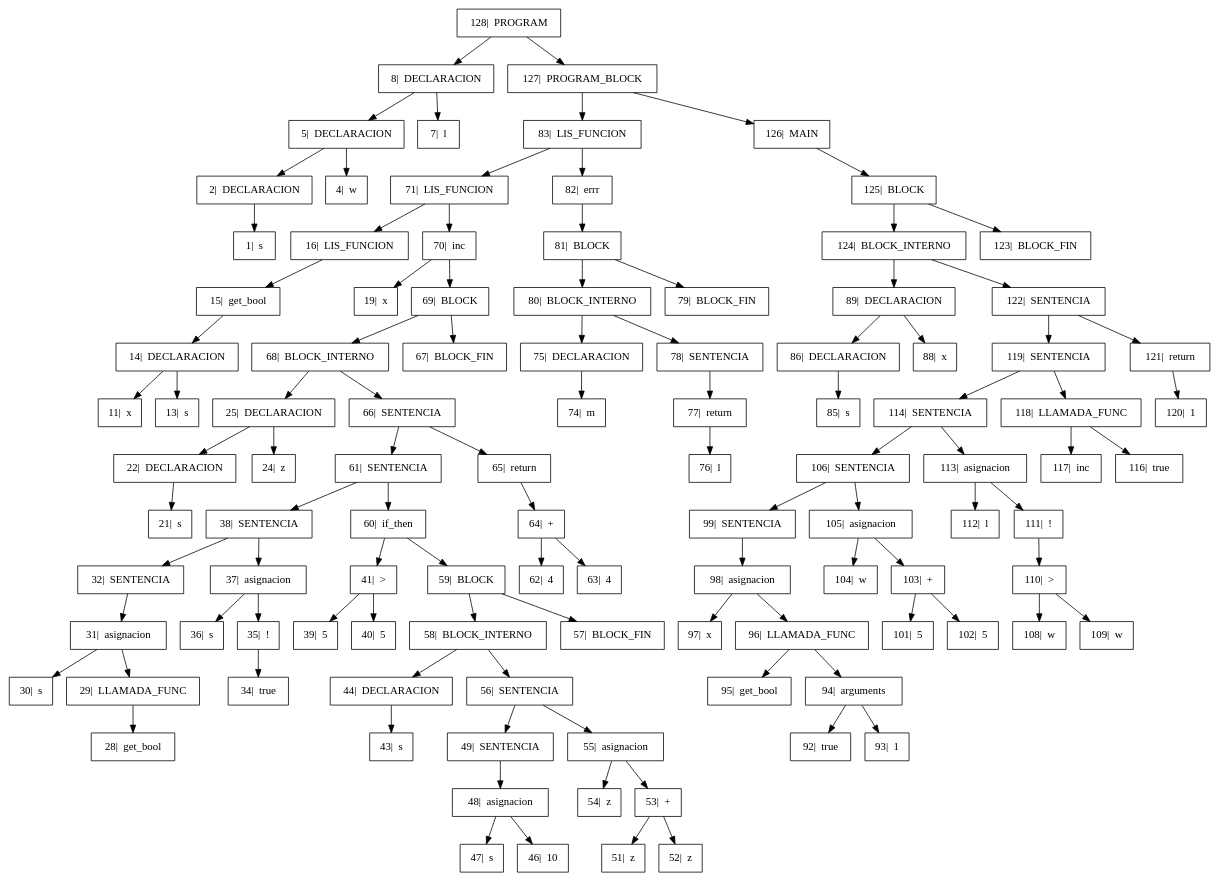
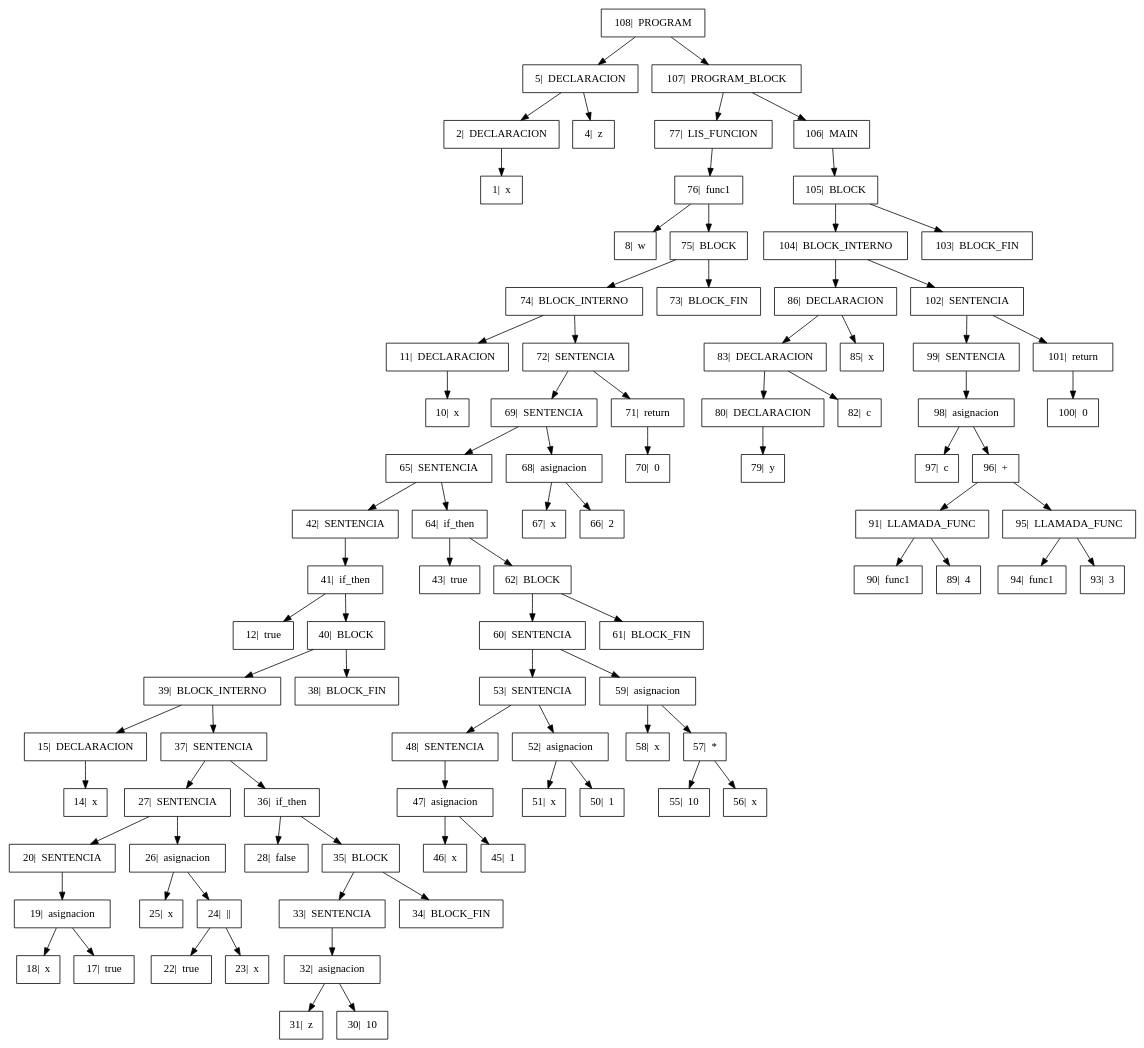
The diagram in Proyecto/output/Arbol.dot (GiovA07/PRE-PROYECTO-COMPILADORES), drawn with Graphviz before and after one commit. The commit also changed 5 other files, not shown here.

```diff
--- a/Proyecto/output/Arbol.dot
+++ b/Proyecto/output/Arbol.dot
@@ -1,67 +1,57 @@
 digraph{
 
 rankdir=TB;
 
 node[shape=box];
-"128|  PROGRAM" -> "8|  DECLARACION", "127|  PROGRAM_BLOCK";
-"8|  DECLARACION" -> "5|  DECLARACION", "7|  l";
-"5|  DECLARACION" -> "2|  DECLARACION", "4|  w";
-"2|  DECLARACION" -> "1|  s" ;
-"127|  PROGRAM_BLOCK" -> "83|  LIS_FUNCION", "126|  MAIN";
-"83|  LIS_FUNCION" -> "71|  LIS_FUNCION", "82|  errr";
-"71|  LIS_FUNCION" -> "16|  LIS_FUNCION", "70|  inc";
-"16|  LIS_FUNCION" -> "15|  get_bool" ;
-"15|  get_bool" -> "14|  DECLARACION" ;
-"14|  DECLARACION" -> "11|  x", "13|  s";
-"70|  inc" -> "19|  x", "69|  BLOCK";
-"69|  BLOCK" -> "68|  BLOCK_INTERNO", "67|  BLOCK_FIN";
-"68|  BLOCK_INTERNO" -> "25|  DECLARACION", "66|  SENTENCIA";
-"25|  DECLARACION" -> "22|  DECLARACION", "24|  z";
-"22|  DECLARACION" -> "21|  s" ;
-"66|  SENTENCIA" -> "61|  SENTENCIA", "65|  return";
-"61|  SENTENCIA" -> "38|  SENTENCIA", "60|  if_then";
-"38|  SENTENCIA" -> "32|  SENTENCIA", "37|  asignacion";
-"32|  SENTENCIA" -> "31|  asignacion" ;
-"31|  asignacion" -> "30|  s", "29|  LLAMADA_FUNC";
-"29|  LLAMADA_FUNC" -> "28|  get_bool" ;
-"37|  asignacion" -> "36|  s", "35|  !";
-"35|  !" -> "34|  true" ;
-"60|  if_then" -> "41|  >", "59|  BLOCK";
-"41|  >" -> "39|  5", "40|  5";
-"59|  BLOCK" -> "58|  BLOCK_INTERNO", "57|  BLOCK_FIN";
-"58|  BLOCK_INTERNO" -> "44|  DECLARACION", "56|  SENTENCIA";
-"44|  DECLARACION" -> "43|  s" ;
-"56|  SENTENCIA" -> "49|  SENTENCIA", "55|  asignacion";
-"49|  SENTENCIA" -> "48|  asignacion" ;
-"48|  asignacion" -> "47|  s", "46|  10";
-"55|  asignacion" -> "54|  z", "53|  +";
-"53|  +" -> "51|  z", "52|  z";
-"65|  return" -> "64|  +" ;
-"64|  +" -> "62|  4", "63|  4";
-"82|  errr" -> "81|  BLOCK" ;
-"81|  BLOCK" -> "80|  BLOCK_INTERNO", "79|  BLOCK_FIN";
-"80|  BLOCK_INTERNO" -> "75|  DECLARACION", "78|  SENTENCIA";
-"75|  DECLARACION" -> "74|  m" ;
-"78|  SENTENCIA" -> "77|  return" ;
-"77|  return" -> "76|  l" ;
-"126|  MAIN" -> "125|  BLOCK" ;
-"125|  BLOCK" -> "124|  BLOCK_INTERNO", "123|  BLOCK_FIN";
-"124|  BLOCK_INTERNO" -> "89|  DECLARACION", "122|  SENTENCIA";
-"89|  DECLARACION" -> "86|  DECLARACION", "88|  x";
-"86|  DECLARACION" -> "85|  s" ;
-"122|  SENTENCIA" -> "119|  SENTENCIA", "121|  return";
-"119|  SENTENCIA" -> "114|  SENTENCIA", "118|  LLAMADA_FUNC";
-"114|  SENTENCIA" -> "106|  SENTENCIA", "113|  asignacion";
-"106|  SENTENCIA" -> "99|  SENTENCIA", "105|  asignacion";
+"108|  PROGRAM" -> "5|  DECLARACION", "107|  PROGRAM_BLOCK";
+"5|  DECLARACION" -> "2|  DECLARACION", "4|  z";
+"2|  DECLARACION" -> "1|  x" ;
+"107|  PROGRAM_BLOCK" -> "77|  LIS_FUNCION", "106|  MAIN";
+"77|  LIS_FUNCION" -> "76|  func1" ;
+"76|  func1" -> "8|  w", "75|  BLOCK";
+"75|  BLOCK" -> "74|  BLOCK_INTERNO", "73|  BLOCK_FIN";
+"74|  BLOCK_INTERNO" -> "11|  DECLARACION", "72|  SENTENCIA";
+"11|  DECLARACION" -> "10|  x" ;
+"72|  SENTENCIA" -> "69|  SENTENCIA", "71|  return";
+"69|  SENTENCIA" -> "65|  SENTENCIA", "68|  asignacion";
+"65|  SENTENCIA" -> "42|  SENTENCIA", "64|  if_then";
+"42|  SENTENCIA" -> "41|  if_then" ;
+"41|  if_then" -> "12|  true", "40|  BLOCK";
+"40|  BLOCK" -> "39|  BLOCK_INTERNO", "38|  BLOCK_FIN";
+"39|  BLOCK_INTERNO" -> "15|  DECLARACION", "37|  SENTENCIA";
+"15|  DECLARACION" -> "14|  x" ;
+"37|  SENTENCIA" -> "27|  SENTENCIA", "36|  if_then";
+"27|  SENTENCIA" -> "20|  SENTENCIA", "26|  asignacion";
+"20|  SENTENCIA" -> "19|  asignacion" ;
+"19|  asignacion" -> "18|  x", "17|  true";
+"26|  asignacion" -> "25|  x", "24|  ||";
+"24|  ||" -> "22|  true", "23|  x";
+"36|  if_then" -> "28|  false", "35|  BLOCK";
+"35|  BLOCK" -> "33|  SENTENCIA", "34|  BLOCK_FIN";
+"33|  SENTENCIA" -> "32|  asignacion" ;
+"32|  asignacion" -> "31|  z", "30|  10";
+"64|  if_then" -> "43|  true", "62|  BLOCK";
+"62|  BLOCK" -> "60|  SENTENCIA", "61|  BLOCK_FIN";
+"60|  SENTENCIA" -> "53|  SENTENCIA", "59|  asignacion";
+"53|  SENTENCIA" -> "48|  SENTENCIA", "52|  asignacion";
+"48|  SENTENCIA" -> "47|  asignacion" ;
+"47|  asignacion" -> "46|  x", "45|  1";
+"52|  asignacion" -> "51|  x", "50|  1";
+"59|  asignacion" -> "58|  x", "57|  *";
+"57|  *" -> "55|  10", "56|  x";
+"68|  asignacion" -> "67|  x", "66|  2";
+"71|  return" -> "70|  0" ;
+"106|  MAIN" -> "105|  BLOCK" ;
+"105|  BLOCK" -> "104|  BLOCK_INTERNO", "103|  BLOCK_FIN";
+"104|  BLOCK_INTERNO" -> "86|  DECLARACION", "102|  SENTENCIA";
+"86|  DECLARACION" -> "83|  DECLARACION", "85|  x";
+"83|  DECLARACION" -> "80|  DECLARACION", "82|  c";
+"80|  DECLARACION" -> "79|  y" ;
+"102|  SENTENCIA" -> "99|  SENTENCIA", "101|  return";
 "99|  SENTENCIA" -> "98|  asignacion" ;
-"98|  asignacion" -> "97|  x", "96|  LLAMADA_FUNC";
-"96|  LLAMADA_FUNC" -> "95|  get_bool", "94|  arguments";
-"94|  arguments" -> "92|  true", "93|  1";
-"105|  asignacion" -> "104|  w", "103|  +";
-"103|  +" -> "101|  5", "102|  5";
-"113|  asignacion" -> "112|  l", "111|  !";
-"111|  !" -> "110|  >" ;
-"110|  >" -> "108|  w", "109|  w";
-"118|  LLAMADA_FUNC" -> "117|  inc", "116|  true";
-"121|  return" -> "120|  1" ;
+"98|  asignacion" -> "97|  c", "96|  +";
+"96|  +" -> "91|  LLAMADA_FUNC", "95|  LLAMADA_FUNC";
+"91|  LLAMADA_FUNC" -> "90|  func1", "89|  4";
+"95|  LLAMADA_FUNC" -> "94|  func1", "93|  3";
+"101|  return" -> "100|  0" ;
 }
```
